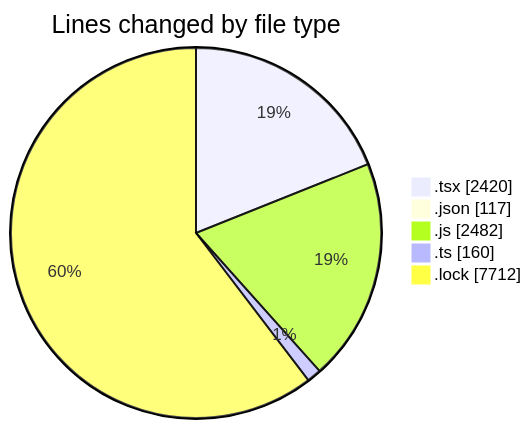
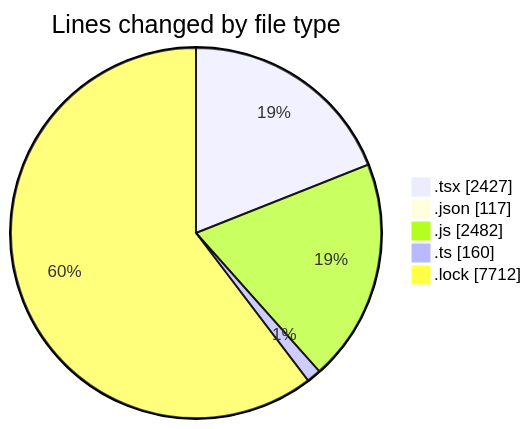
The first of 2 diagrams in 2025-04-28/cda/README.md (momahboobian/code-tracking), drawn with Mermaid before and after one commit. The commit also changed other lines of this file and 1 other file, not shown here.

````diff
--- a/2025-04-28/cda/README.md
+++ b/2025-04-28/cda/README.md
@@ -39,9 +39,9 @@
 ```mermaid
 pie showData
 title Lines changed by file type
-".tsx" : 2420
+".tsx" : 2427
 ".json" : 117
 ".js" : 2482
 ".ts" : 160
 ".lock" : 7712
 ```
````
